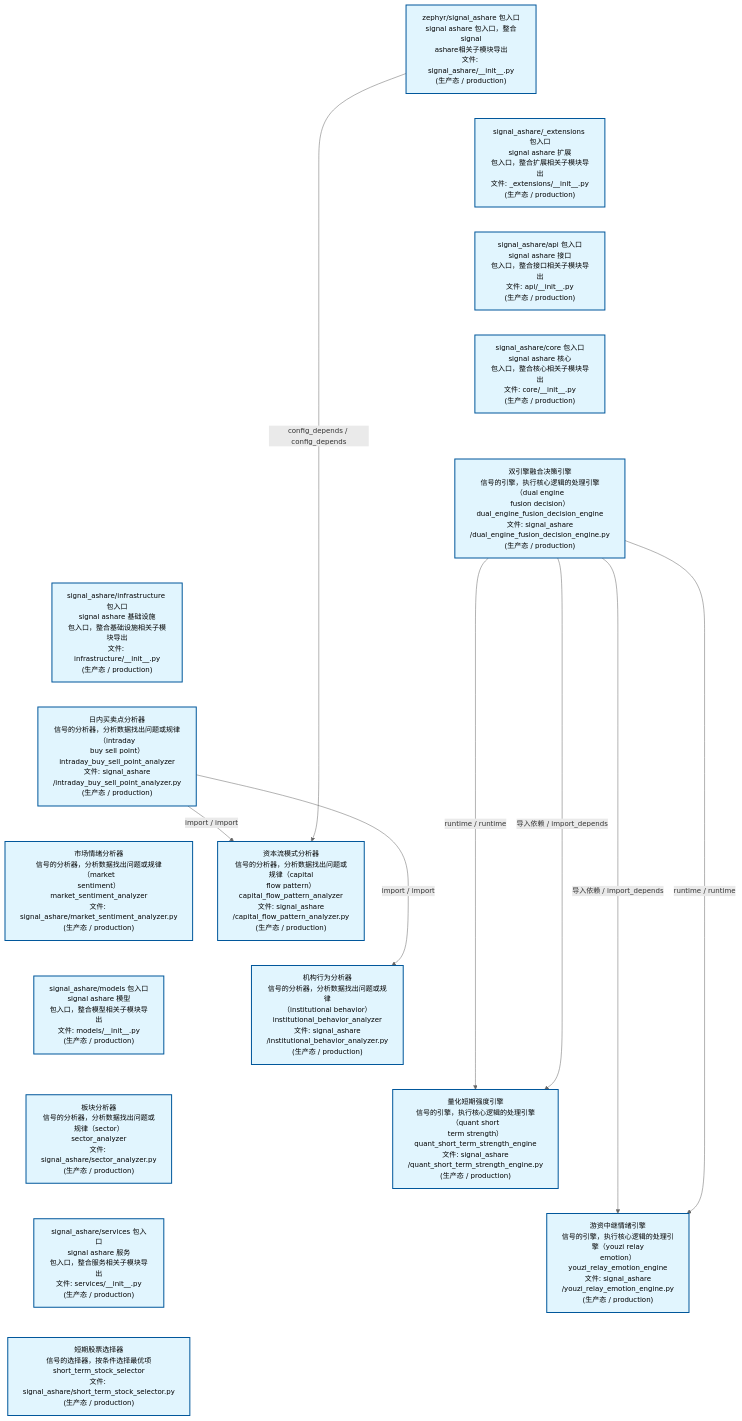
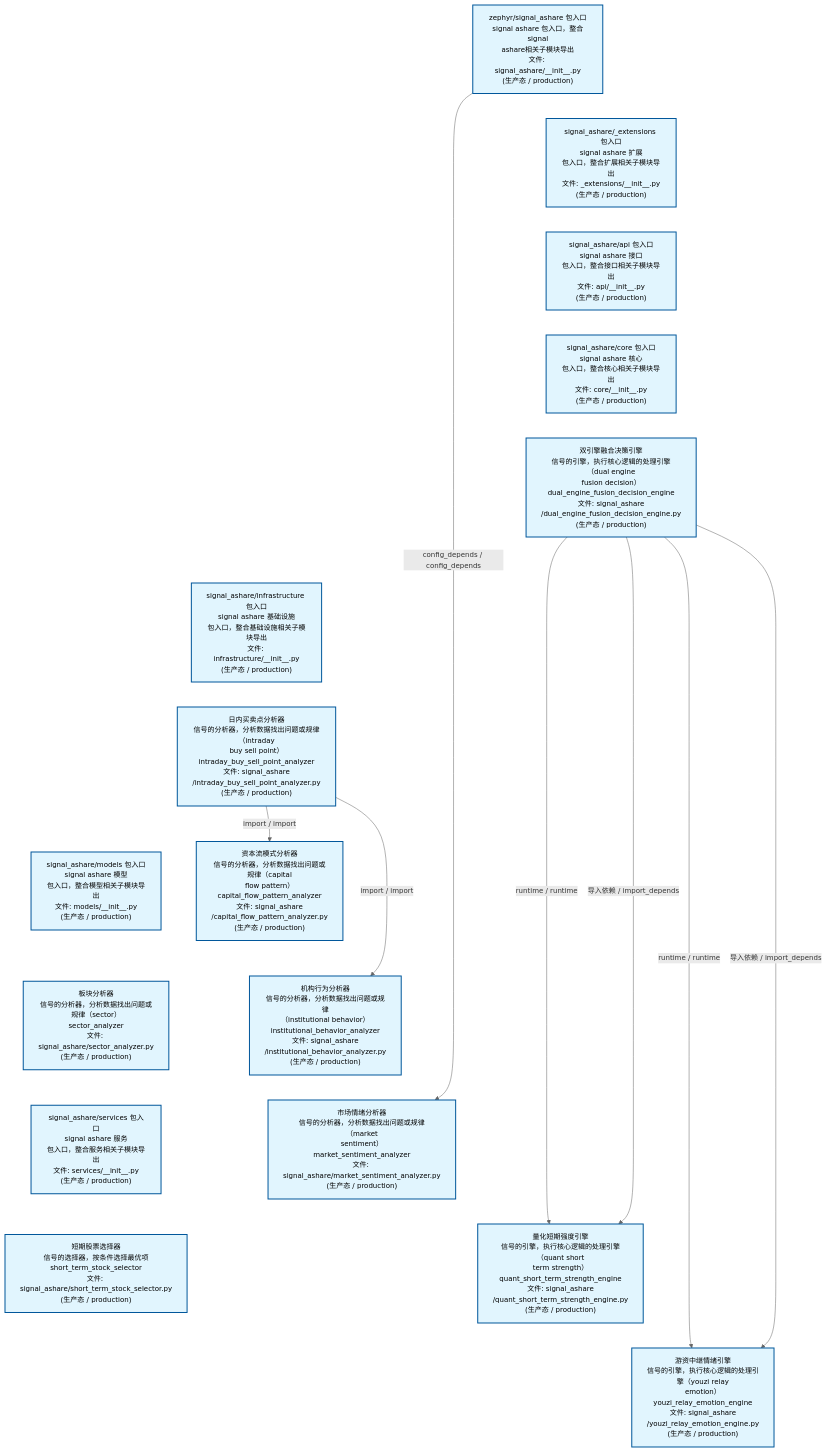
The second of 4 diagrams in docs/02_enterprise_architecture/02_domain_architecture_docs/32_d_ashare_signal.md (xuanFelixVan/ZephyrAlpha), drawn with Mermaid before and after one commit. The commit also changed other lines of this file and 41 other files, not shown here.

````diff
--- a/docs/02_enterprise_architecture/02_domain_architecture_docs/32_d_ashare_signal.md
+++ b/docs/02_enterprise_architecture/02_domain_architecture_docs/32_d_ashare_signal.md
@@ -175,46 +175,46 @@
 ```mermaid
 %%{init: {'theme': 'base', 'themeVariables': {'primaryColor': '#eaeaea', 'primaryTextColor': '#333333', 'primaryBorderColor': '#666666', 'lineColor': '#666666', 'secondaryColor': '#eaeaea', 'tertiaryColor': '#eaeaea', 'fontSize': '14px'}}}%%
 flowchart TD
     src_zephyr_signal_ashare_init_py["zephyr/signal_ashare 包入口<br/>signal ashare 包入口，整合signal<br/>ashare相关子模块导出<br/>文件: signal_ashare/__init__.py<br/>(生产态 / production)"]
     src_zephyr_signal_ashare_extensions_init_py["signal_ashare/_extensions 包入口<br/>signal ashare 扩展<br/>包入口，整合扩展相关子模块导出<br/>文件: _extensions/__init__.py<br/>(生产态 / production)"]
     src_zephyr_signal_ashare_api_init_py["signal_ashare/api 包入口<br/>signal ashare 接口<br/>包入口，整合接口相关子模块导出<br/>文件: api/__init__.py<br/>(生产态 / production)"]
     src_zephyr_signal_ashare_core_init_py["signal_ashare/core 包入口<br/>signal ashare 核心<br/>包入口，整合核心相关子模块导出<br/>文件: core/__init__.py<br/>(生产态 / production)"]
     src_zephyr_signal_ashare_dual_engine_fusion_decision_engine_py["双引擎融合决策引擎<br/>信号的引擎，执行核心逻辑的处理引擎（dual engine<br/>fusion decision）<br/>dual_engine_fusion_decision_engine<br/>文件: signal_ashare<br/>/dual_engine_fusion_decision_engine.py<br/>(生产态 / production)"]
     src_zephyr_signal_ashare_infrastructure_init_py["signal_ashare/infrastructure 包入口<br/>signal ashare 基础设施<br/>包入口，整合基础设施相关子模块导出<br/>文件: infrastructure/__init__.py<br/>(生产态 / production)"]
     src_zephyr_signal_ashare_intraday_buy_sell_point_analyzer_py["日内买卖点分析器<br/>信号的分析器，分析数据找出问题或规律（intraday<br/>buy sell point）<br/>intraday_buy_sell_point_analyzer<br/>文件: signal_ashare<br/>/intraday_buy_sell_point_analyzer.py<br/>(生产态 / production)"]
-    src_zephyr_signal_ashare_market_sentiment_analyzer_py["市场情绪分析器<br/>信号的分析器，分析数据找出问题或规律（market<br/>sentiment）<br/>market_sentiment_analyzer<br/>文件: signal_ashare/market_sentiment_analyzer.py<br/>(生产态 / production)"]
     src_zephyr_signal_ashare_models_init_py["signal_ashare/models 包入口<br/>signal ashare 模型<br/>包入口，整合模型相关子模块导出<br/>文件: models/__init__.py<br/>(生产态 / production)"]
     src_zephyr_signal_ashare_sector_analyzer_py["板块分析器<br/>信号的分析器，分析数据找出问题或规律（sector）<br/>sector_analyzer<br/>文件: signal_ashare/sector_analyzer.py<br/>(生产态 / production)"]
     src_zephyr_signal_ashare_services_init_py["signal_ashare/services 包入口<br/>signal ashare 服务<br/>包入口，整合服务相关子模块导出<br/>文件: services/__init__.py<br/>(生产态 / production)"]
     src_zephyr_signal_ashare_short_term_stock_selector_py["短期股票选择器<br/>信号的选择器，按条件选择最优项<br/>short_term_stock_selector<br/>文件: signal_ashare/short_term_stock_selector.py<br/>(生产态 / production)"]
     src_zephyr_signal_ashare_init_py ~~~ src_zephyr_signal_ashare_extensions_init_py
     src_zephyr_signal_ashare_extensions_init_py ~~~ src_zephyr_signal_ashare_api_init_py
     src_zephyr_signal_ashare_api_init_py ~~~ src_zephyr_signal_ashare_core_init_py
     src_zephyr_signal_ashare_core_init_py ~~~ src_zephyr_signal_ashare_dual_engine_fusion_decision_engine_py
     src_zephyr_signal_ashare_dual_engine_fusion_decision_engine_py ~~~ src_zephyr_signal_ashare_infrastructure_init_py
     src_zephyr_signal_ashare_infrastructure_init_py ~~~ src_zephyr_signal_ashare_intraday_buy_sell_point_analyzer_py
-    src_zephyr_signal_ashare_intraday_buy_sell_point_analyzer_py ~~~ src_zephyr_signal_ashare_market_sentiment_analyzer_py
-    src_zephyr_signal_ashare_market_sentiment_analyzer_py ~~~ src_zephyr_signal_ashare_models_init_py
+    src_zephyr_signal_ashare_intraday_buy_sell_point_analyzer_py ~~~ src_zephyr_signal_ashare_models_init_py
     src_zephyr_signal_ashare_models_init_py ~~~ src_zephyr_signal_ashare_sector_analyzer_py
     src_zephyr_signal_ashare_sector_analyzer_py ~~~ src_zephyr_signal_ashare_services_init_py
     src_zephyr_signal_ashare_services_init_py ~~~ src_zephyr_signal_ashare_short_term_stock_selector_py
     src_zephyr_signal_ashare_capital_flow_pattern_analyzer_py["资本流模式分析器<br/>信号的分析器，分析数据找出问题或规律（capital<br/>flow pattern）<br/>capital_flow_pattern_analyzer<br/>文件: signal_ashare<br/>/capital_flow_pattern_analyzer.py<br/>(生产态 / production)"]
     src_zephyr_signal_ashare_institutional_behavior_analyzer_py["机构行为分析器<br/>信号的分析器，分析数据找出问题或规律<br/>（institutional behavior）<br/>institutional_behavior_analyzer<br/>文件: signal_ashare<br/>/institutional_behavior_analyzer.py<br/>(生产态 / production)"]
+    src_zephyr_signal_ashare_market_sentiment_analyzer_py["市场情绪分析器<br/>信号的分析器，分析数据找出问题或规律（market<br/>sentiment）<br/>market_sentiment_analyzer<br/>文件: signal_ashare/market_sentiment_analyzer.py<br/>(生产态 / production)"]
     src_zephyr_signal_ashare_quant_short_term_strength_engine_py["量化短期强度引擎<br/>信号的引擎，执行核心逻辑的处理引擎（quant short<br/>term strength）<br/>quant_short_term_strength_engine<br/>文件: signal_ashare<br/>/quant_short_term_strength_engine.py<br/>(生产态 / production)"]
     src_zephyr_signal_ashare_youzi_relay_emotion_engine_py["游资中继情绪引擎<br/>信号的引擎，执行核心逻辑的处理引擎（youzi relay<br/>emotion）<br/>youzi_relay_emotion_engine<br/>文件: signal_ashare<br/>/youzi_relay_emotion_engine.py<br/>(生产态 / production)"]
     src_zephyr_signal_ashare_capital_flow_pattern_analyzer_py ~~~ src_zephyr_signal_ashare_institutional_behavior_analyzer_py
-    src_zephyr_signal_ashare_institutional_behavior_analyzer_py ~~~ src_zephyr_signal_ashare_quant_short_term_strength_engine_py
+    src_zephyr_signal_ashare_institutional_behavior_analyzer_py ~~~ src_zephyr_signal_ashare_market_sentiment_analyzer_py
+    src_zephyr_signal_ashare_market_sentiment_analyzer_py ~~~ src_zephyr_signal_ashare_quant_short_term_strength_engine_py
     src_zephyr_signal_ashare_quant_short_term_strength_engine_py ~~~ src_zephyr_signal_ashare_youzi_relay_emotion_engine_py
+    src_zephyr_signal_ashare_dual_engine_fusion_decision_engine_py -->|runtime / runtime| src_zephyr_signal_ashare_quant_short_term_strength_engine_py
+    src_zephyr_signal_ashare_dual_engine_fusion_decision_engine_py -->|导入依赖 / import_depends| src_zephyr_signal_ashare_quant_short_term_strength_engine_py
+    src_zephyr_signal_ashare_dual_engine_fusion_decision_engine_py -->|runtime / runtime| src_zephyr_signal_ashare_youzi_relay_emotion_engine_py
+    src_zephyr_signal_ashare_dual_engine_fusion_decision_engine_py -->|导入依赖 / import_depends| src_zephyr_signal_ashare_youzi_relay_emotion_engine_py
     src_zephyr_signal_ashare_intraday_buy_sell_point_analyzer_py -->|import / import| src_zephyr_signal_ashare_capital_flow_pattern_analyzer_py
     src_zephyr_signal_ashare_intraday_buy_sell_point_analyzer_py -->|import / import| src_zephyr_signal_ashare_institutional_behavior_analyzer_py
-    src_zephyr_signal_ashare_init_py -->|config_depends / config_depends| src_zephyr_signal_ashare_capital_flow_pattern_analyzer_py
-    src_zephyr_signal_ashare_dual_engine_fusion_decision_engine_py -->|runtime / runtime| src_zephyr_signal_ashare_quant_short_term_strength_engine_py
-    src_zephyr_signal_ashare_dual_engine_fusion_decision_engine_py -->|导入依赖 / import_depends| src_zephyr_signal_ashare_quant_short_term_strength_engine_py
-    src_zephyr_signal_ashare_dual_engine_fusion_decision_engine_py -->|导入依赖 / import_depends| src_zephyr_signal_ashare_youzi_relay_emotion_engine_py
-    src_zephyr_signal_ashare_dual_engine_fusion_decision_engine_py -->|runtime / runtime| src_zephyr_signal_ashare_youzi_relay_emotion_engine_py
+    src_zephyr_signal_ashare_init_py -->|config_depends / config_depends| src_zephyr_signal_ashare_market_sentiment_analyzer_py
     classDef production fill:#e1f5fe,stroke:#01579b,stroke-width:2px,color:#000
     classDef design fill:#fff3e0,stroke:#e65100,stroke-width:2px,color:#000,stroke-dasharray: 5 5
     classDef external_prod fill:#e8f4fd,stroke:#0277bd,stroke-width:1px,color:#000
     classDef external_design fill:#fff8e7,stroke:#ef6c00,stroke-width:1px,color:#000,stroke-dasharray: 5 5
     class src_zephyr_signal_ashare_init_py,src_zephyr_signal_ashare_extensions_init_py,src_zephyr_signal_ashare_api_init_py,src_zephyr_signal_ashare_capital_flow_pattern_analyzer_py,src_zephyr_signal_ashare_core_init_py,src_zephyr_signal_ashare_dual_engine_fusion_decision_engine_py,src_zephyr_signal_ashare_infrastructure_init_py,src_zephyr_signal_ashare_institutional_behavior_analyzer_py,src_zephyr_signal_ashare_intraday_buy_sell_point_analyzer_py,src_zephyr_signal_ashare_market_sentiment_analyzer_py,src_zephyr_signal_ashare_models_init_py,src_zephyr_signal_ashare_quant_short_term_strength_engine_py,src_zephyr_signal_ashare_sector_analyzer_py,src_zephyr_signal_ashare_services_init_py,src_zephyr_signal_ashare_short_term_stock_selector_py,src_zephyr_signal_ashare_youzi_relay_emotion_engine_py production
 ```
````
